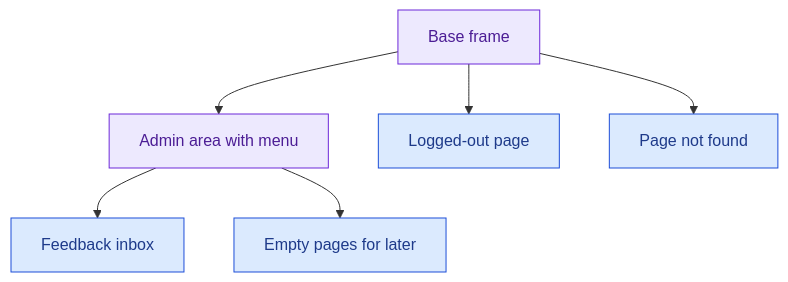
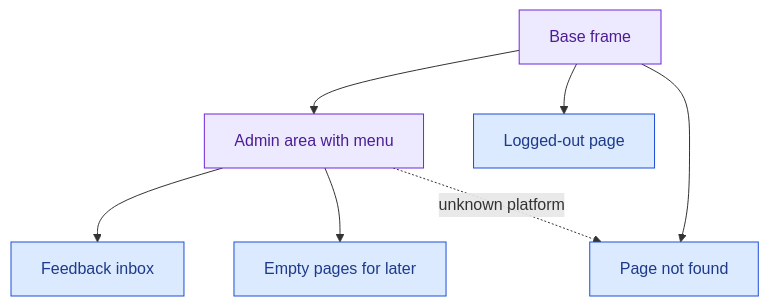
Before and after one commit to AlberteViendahl/feedback: the second of 13 diagrams in apps/admin/docs/architecture.md, drawn with Mermaid. The commit also changed other lines of this file and 4 other files, not shown here.

````diff
--- a/apps/admin/docs/architecture.md
+++ b/apps/admin/docs/architecture.md
@@ -46,21 +46,22 @@
 ```mermaid
 flowchart TD
   Base["Base frame"]:::layout
   Admin["Admin area with menu"]:::layout
   Inbox["Feedback inbox"]:::page
   Empty["Empty pages for later"]:::page
   Out["Logged-out page"]:::page
   Missing["Page not found"]:::page
 
   Base --> Admin
   Base --> Out
   Base --> Missing
   Admin --> Inbox
   Admin --> Empty
+  Admin -. "unknown platform" .-> Missing
 
   classDef page fill:#DBEAFE,stroke:#1D4ED8,color:#1E3A8A
   classDef layout fill:#EDE9FE,stroke:#6D28D9,color:#4C1D95
   classDef component fill:#DCFCE7,stroke:#15803D,color:#14532D
   classDef store fill:#FFEDD5,stroke:#C2410C,color:#7C2D12
   classDef mock fill:#F3F4F6,stroke:#4B5563,color:#1F2937,stroke-dasharray:4 3
 ```
````
